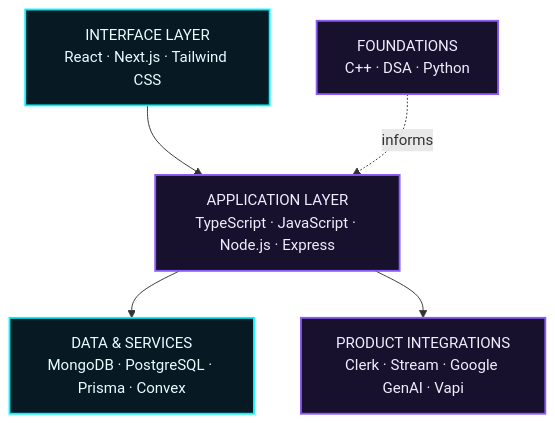
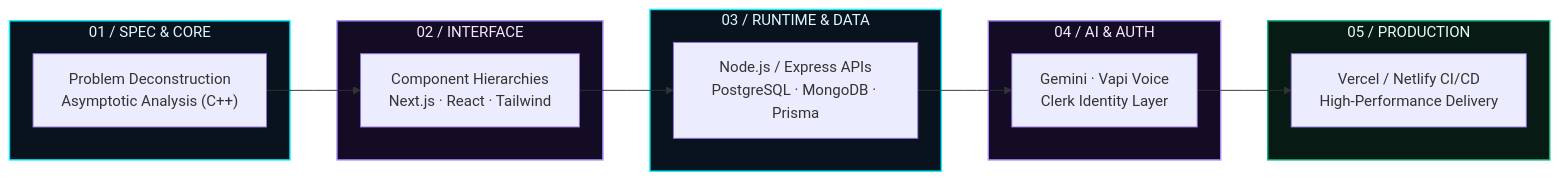
The diagram in README.md (amandubey923/amandubey923), drawn with Mermaid before and after one commit. The commit also changed other lines of this file and 13 other files, not shown here.

Commit message:
feat(profile): rebuild interactive engineering dossier and HUD system architecture

````diff
--- a/README.md
+++ b/README.md
@@ -71,11 +92,28 @@
 ```mermaid
-flowchart TB
-    UI["INTERFACE LAYER<br/>React · Next.js · Tailwind CSS"] --> APP["APPLICATION LAYER<br/>TypeScript · JavaScript · Node.js · Express"]
-    APP --> DATA["DATA & SERVICES<br/>MongoDB · PostgreSQL · Prisma · Convex"]
-    APP --> PRODUCT["PRODUCT INTEGRATIONS<br/>Clerk · Stream · Google GenAI · Vapi"]
-    PRACTICE["FOUNDATIONS<br/>C++ · DSA · Python"] -. informs .-> APP
-    classDef cyan fill:#071923,stroke:#00F5FF,color:#E6FFFF,stroke-width:2px;
-    classDef violet fill:#17112E,stroke:#8B5CF6,color:#F1EDFF,stroke-width:2px;
-    class UI,DATA cyan;
-    class APP,PRODUCT,PRACTICE violet;
+flowchart LR
+    subgraph S1["01 / SPEC & CORE"]
+        A["Problem Deconstruction<br/>Asymptotic Analysis (C++)"]
+    end
+    subgraph S2["02 / INTERFACE"]
+        B["Component Hierarchies<br/>Next.js · React · Tailwind"]
+    end
+    subgraph S3["03 / RUNTIME & DATA"]
+        C["Node.js / Express APIs<br/>PostgreSQL · MongoDB · Prisma"]
+    end
+    subgraph S4["04 / AI & AUTH"]
+        D["Gemini · Vapi Voice<br/>Clerk Identity Layer"]
+    end
+    subgraph S5["05 / PRODUCTION"]
+        E["Vercel / Netlify CI/CD<br/>High-Performance Delivery"]
+    end
+
+    A --> B --> C --> D --> E
+
+    classDef cyan fill:#08131D,stroke:#00F5FF,color:#E0F7FF,stroke-width:1.5px;
+    classDef violet fill:#140C24,stroke:#A78BFA,color:#F3E8FF,stroke-width:1.5px;
+    classDef green fill:#071A14,stroke:#10B981,color:#E6FFFA,stroke-width:1.5px;
+    
+    class S1,S3 cyan;
+    class S2,S4 violet;
+    class S5 green;
 ```
````
